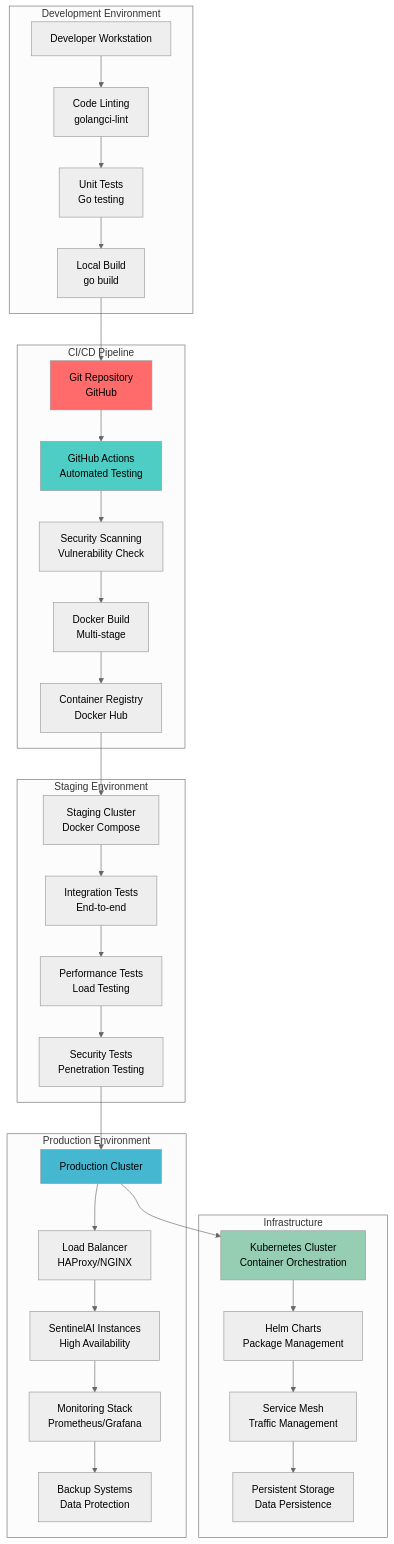
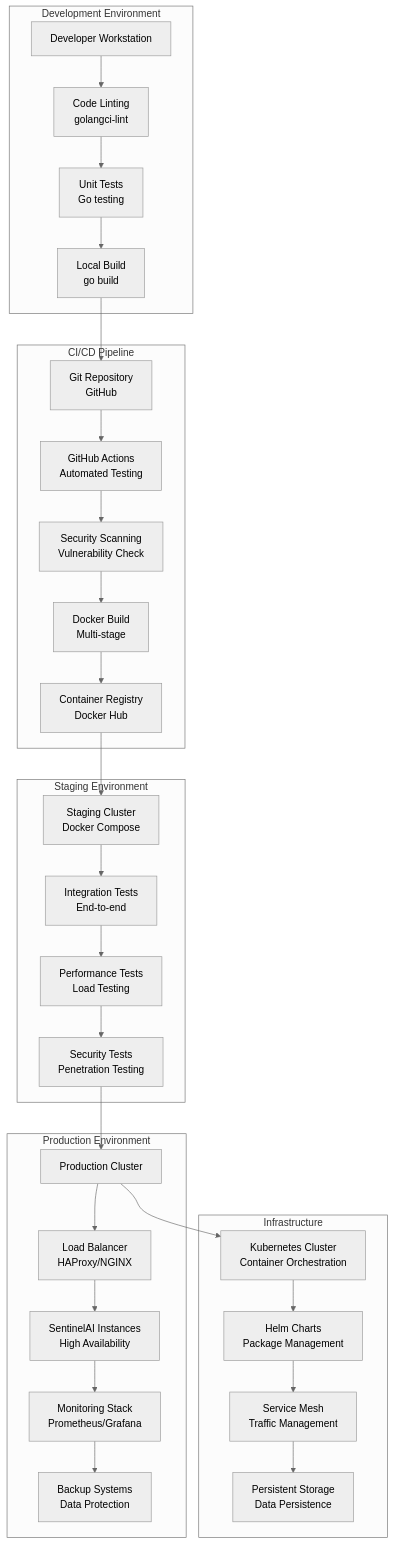
Before and after one commit to sameer693/sentinelai: the seventh of 9 diagrams in docs/diagrams.md, drawn with Mermaid (neutral theme). The commit also changed other lines of this file, not shown here.

````diff
--- a/docs/diagrams.md
+++ b/docs/diagrams.md
@@ -482,75 +453,70 @@
 ```mermaid
 graph TB
     subgraph "Development Environment"
         DEV[Developer Workstation]
         LINT[Code Linting<br/>golangci-lint]
         TEST[Unit Tests<br/>Go testing]
         BUILD[Local Build<br/>go build]
     end
     
     subgraph "CI/CD Pipeline"
         GIT[Git Repository<br/>GitHub]
         CI[GitHub Actions<br/>Automated Testing]
         SCAN[Security Scanning<br/>Vulnerability Check]
         DOCKER[Docker Build<br/>Multi-stage]
         REG[Container Registry<br/>Docker Hub]
     end
     
     subgraph "Staging Environment"
         STAGE[Staging Cluster<br/>Docker Compose]
         INT_TEST[Integration Tests<br/>End-to-end]
         PERF_TEST[Performance Tests<br/>Load Testing]
         SEC_TEST[Security Tests<br/>Penetration Testing]
     end
     
     subgraph "Production Environment"
         PROD[Production Cluster]
         LB[Load Balancer<br/>HAProxy/NGINX]
         SENT_PROD[SentinelAI Instances<br/>High Availability]
         MON_PROD[Monitoring Stack<br/>Prometheus/Grafana]
         BACKUP[Backup Systems<br/>Data Protection]
     end
     
     subgraph "Infrastructure"
         K8S[Kubernetes Cluster<br/>Container Orchestration]
         HELM[Helm Charts<br/>Package Management]
         ISTIO[Service Mesh<br/>Traffic Management]
         STORAGE[Persistent Storage<br/>Data Persistence]
     end
     
     %% Development Flow
     DEV --> LINT
     LINT --> TEST
     TEST --> BUILD
     BUILD --> GIT
     
     %% CI/CD Flow
     GIT --> CI
     CI --> SCAN
     SCAN --> DOCKER
     DOCKER --> REG
     
     %% Staging Flow
     REG --> STAGE
     STAGE --> INT_TEST
     INT_TEST --> PERF_TEST
     PERF_TEST --> SEC_TEST
     
     %% Production Flow
     SEC_TEST --> PROD
     PROD --> LB
     LB --> SENT_PROD
     SENT_PROD --> MON_PROD
     MON_PROD --> BACKUP
     
     %% Infrastructure
     PROD --> K8S
     K8S --> HELM
     HELM --> ISTIO
     ISTIO --> STORAGE
-    
-    style GIT fill:#ff6b6b
-    style CI fill:#4ecdc4
-    style PROD fill:#45b7d1
-    style K8S fill:#96ceb4
 ```
````
